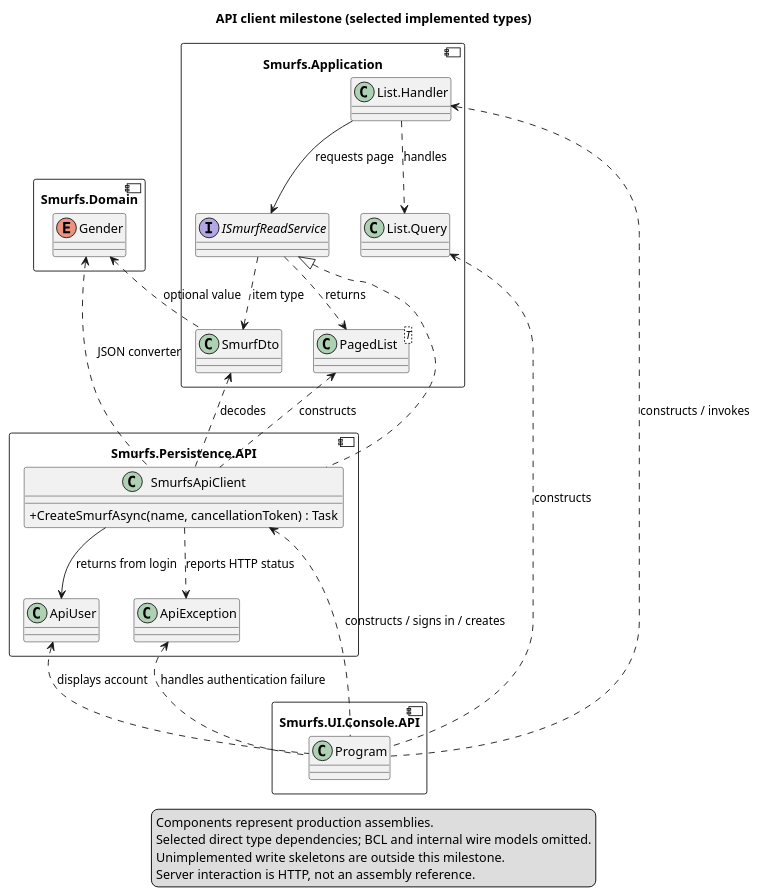
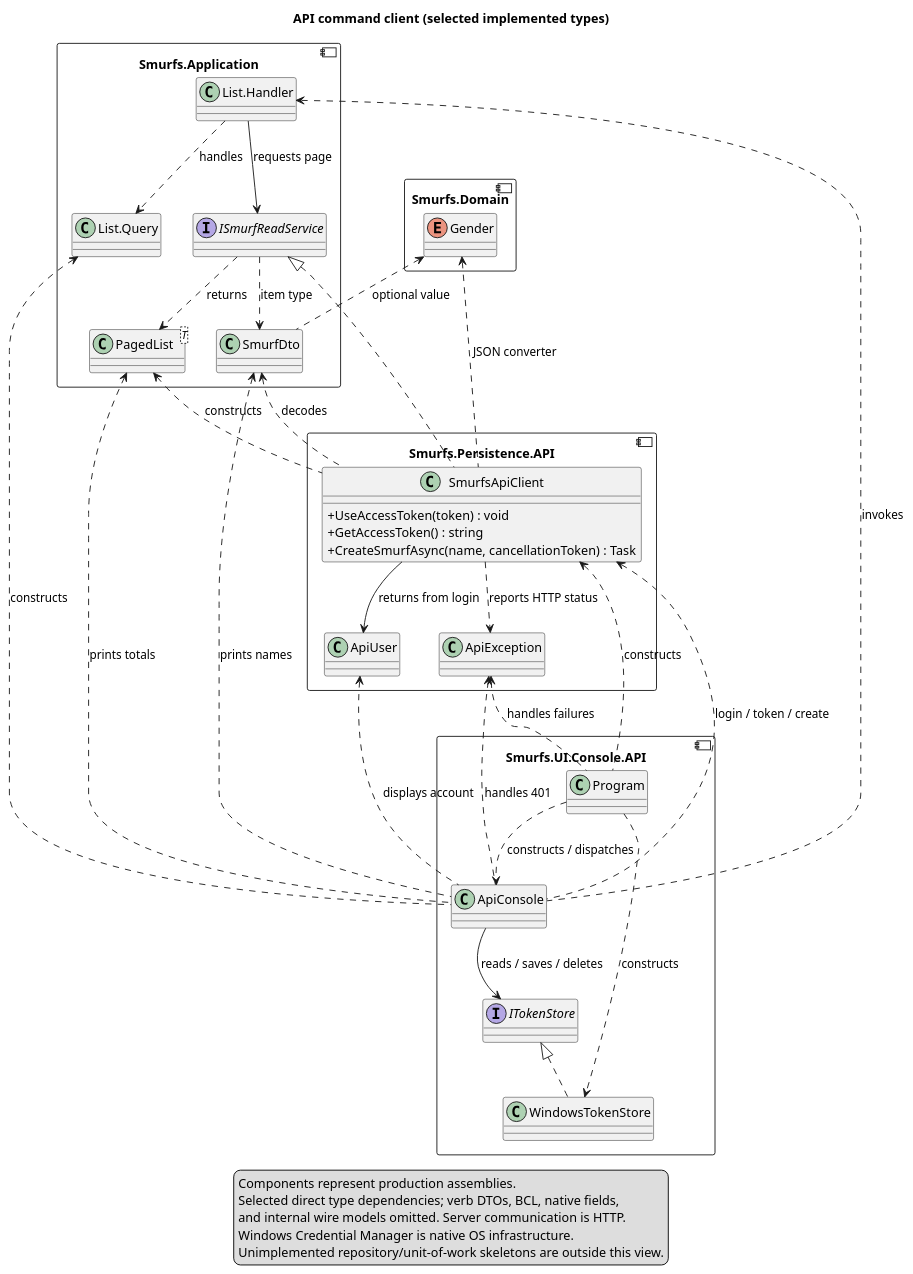
One commit to EbbeMeloSorensen/Smurfs changed the diagram in docs/structural/diagrams/api-client.puml. Above: the diagram before and after it, drawn with PlantUML. The commit also changed 28 other files, not shown here.

Commit message:
Align API console commands and persist endpoint-scoped login

```diff
--- a/docs/structural/diagrams/api-client.puml
+++ b/docs/structural/diagrams/api-client.puml
@@ -1,49 +1,63 @@
 @startuml
 allowmixing
 set namespaceSeparator none
 skinparam componentStyle uml2
 skinparam classAttributeIconSize 0
-title API client milestone (selected implemented types)
+title API command client (selected implemented types)
 component "Smurfs.Domain" as Domain {
   enum Gender
 }
 component "Smurfs.Application" as Application {
   interface ISmurfReadService
   class "List.Handler" as Handler
   class "List.Query" as Query
   class SmurfDto
   class "PagedList<T>" as Page
 }
 component "Smurfs.Persistence.API" as Adapter {
   class SmurfsApiClient {
+    +UseAccessToken(token) : void
+    +GetAccessToken() : string
     +CreateSmurfAsync(name, cancellationToken) : Task
   }
   class ApiUser
   class ApiException
 }
 component "Smurfs.UI.Console.API" as Console {
   class Program
+  class ApiConsole
+  interface ITokenStore
+  class WindowsTokenStore
 }
 SmurfsApiClient .up.|> ISmurfReadService
 SmurfsApiClient .up.> Gender : JSON converter
 SmurfsApiClient .up.> SmurfDto : decodes
 SmurfsApiClient .up.> Page : constructs
 SmurfsApiClient --> ApiUser : returns from login
 SmurfsApiClient ..> ApiException : reports HTTP status
 Handler --> ISmurfReadService : requests page
 Handler ..> Query : handles
 ISmurfReadService ..> SmurfDto : item type
 ISmurfReadService ..> Page : returns
 SmurfDto .up.> Gender : optional value
-Program .up.> SmurfsApiClient : constructs / signs in / creates
-Program .up.> ApiUser : displays account
-Program .up.> ApiException : handles authentication failure
-Program .up.> Handler : constructs / invokes
-Program .up.> Query : constructs
+Program ..> ApiConsole : constructs / dispatches
+Program ..> WindowsTokenStore : constructs
+Program .up.> SmurfsApiClient : constructs
+Program .up.> ApiException : handles failures
+ApiConsole --> ITokenStore : reads / saves / deletes
+WindowsTokenStore .up.|> ITokenStore
+ApiConsole .up.> SmurfsApiClient : login / token / create
+ApiConsole .up.> ApiUser : displays account
+ApiConsole .up.> ApiException : handles 401
+ApiConsole .up.> Handler : invokes
+ApiConsole .up.> Query : constructs
+ApiConsole .up.> Page : prints totals
+ApiConsole .up.> SmurfDto : prints names
 legend bottom
   Components represent production assemblies.
-  Selected direct type dependencies; BCL and internal wire models omitted.
-  Unimplemented write skeletons are outside this milestone.
-  Server interaction is HTTP, not an assembly reference.
+  Selected direct type dependencies; verb DTOs, BCL, native fields,
+  and internal wire models omitted. Server communication is HTTP.
+  Windows Credential Manager is native OS infrastructure.
+  Unimplemented repository/unit-of-work skeletons are outside this view.
 endlegend
 @enduml
```
